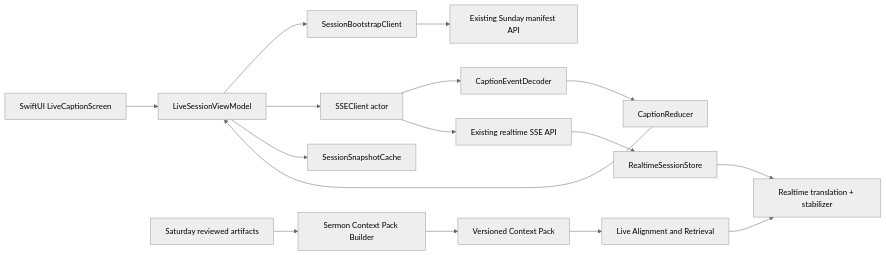
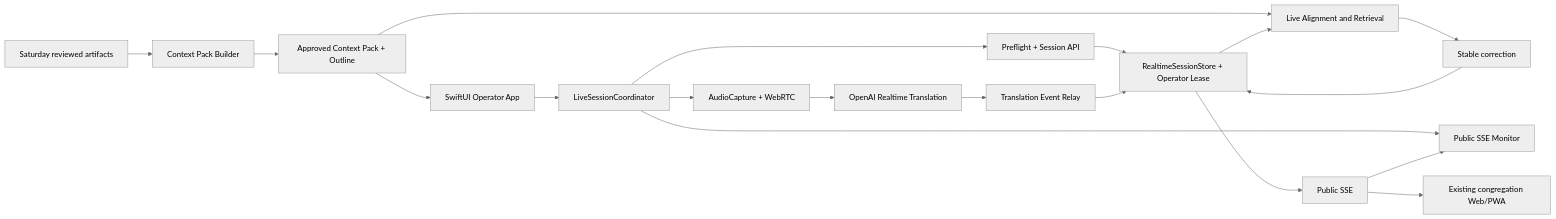
The first of 3 diagrams in docs/ios-live-sermon-translation-app.zh.md (JonathanJing/sermon-video-zh-subtitles), drawn with Mermaid (neutral theme) before and after one commit. The commit also changed other lines of this file, not shown here.

Commit message:
docs: refocus iOS app on Sunday operator flow

````diff
--- a/docs/ios-live-sermon-translation-app.zh.md
+++ b/docs/ios-live-sermon-translation-app.zh.md
@@ -146,18 +172,21 @@
 ```mermaid
 flowchart LR
-    A[SwiftUI LiveCaptionScreen] --> B[LiveSessionViewModel]
-    B --> C[SessionBootstrapClient]
-    B --> D[SSEClient actor]
-    D --> E[CaptionEventDecoder]
-    E --> F[CaptionReducer]
-    F --> B
-    B --> G[SessionSnapshotCache]
-    C --> H[Existing Sunday manifest API]
-    D --> I[Existing realtime SSE API]
-    I --> J[RealtimeSessionStore]
-    J --> K[Realtime translation + stabilizer]
-    L[Saturday reviewed artifacts] --> M[Sermon Context Pack Builder]
-    M --> N[Versioned Context Pack]
-    N --> O[Live Alignment and Retrieval]
-    O --> K
+    A[SwiftUI Operator App] --> B[LiveSessionCoordinator]
+    B --> C[Preflight + Session API]
+    B --> D[AudioCapture + WebRTC]
+    B --> E[Public SSE Monitor]
+    F[Saturday reviewed artifacts] --> G[Context Pack Builder]
+    G --> H[Approved Context Pack + Outline]
+    H --> A
+    H --> I[Live Alignment and Retrieval]
+    C --> J[RealtimeSessionStore + Operator Lease]
+    D --> K[OpenAI Realtime Translation]
+    K --> L[Translation Event Relay]
+    L --> J
+    J --> I
+    I --> M[Stable correction]
+    M --> J
+    J --> N[Public SSE]
+    N --> E
+    N --> O[Existing congregation Web/PWA]
 ```
````
